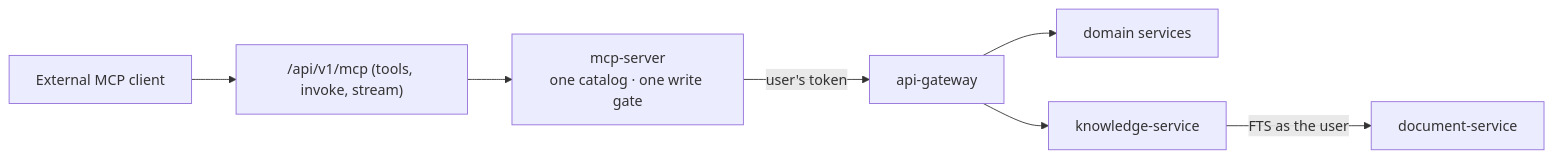
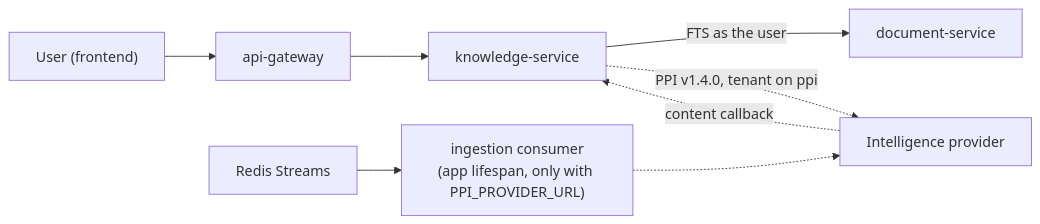
The fifth of 5 diagrams in ARCHITECTURE.md (camilo1rp/docuboto), drawn with Mermaid before and after one commit. The commit also changed other lines of this file and 26 other files, not shown here.

Commit message:
docs: ADR-051 implementado, sin MCP y con PPI v1.4.0 (es/en)

````diff
--- a/ARCHITECTURE.md
+++ b/ARCHITECTURE.md
@@ -404,8 +401,8 @@
 ```mermaid
 graph LR
-    X["External MCP client"] --> M["/api/v1/mcp (tools, invoke, stream)"]
-    M --> MCP["mcp-server<br/>one catalog · one write gate"]
-    MCP -->|"user's token"| GW["api-gateway"] --> S["domain services"]
-    GW --> K["knowledge-service"]
+    U["User (frontend)"] --> GW["api-gateway"] --> K["knowledge-service"]
     K -->|"FTS as the user"| DOC["document-service"]
+    K -.->|"PPI v1.4.0, tenant on ppi"| P["Intelligence provider"]
+    Q["Redis Streams"] --> C["ingestion consumer<br/>(app lifespan, only with PPI_PROVIDER_URL)"] -.-> P
+    P -.->|"content callback"| K
 ```
````
